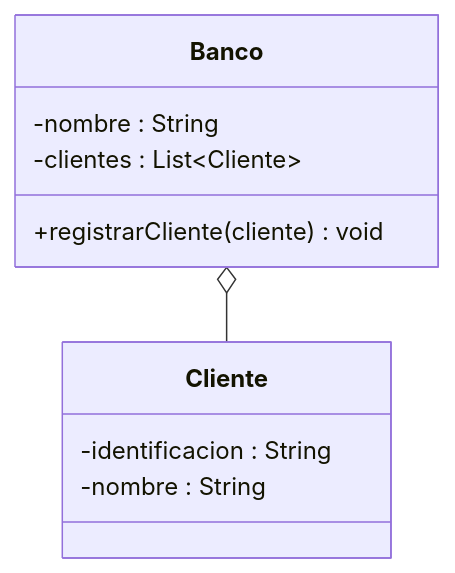
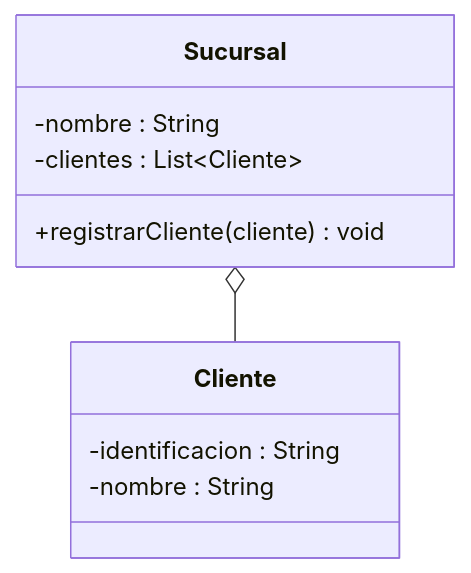
Before and after one commit to santiagoSuarez219/nodo-edu: the second of 4 diagrams in content/cursos/estructuras-de-datos/asociacion-agregacion-y-composicion.mdx, drawn with Mermaid. The commit also changed other lines of this file and 3 other files, not shown here.

````diff
--- a/content/cursos/estructuras-de-datos/asociacion-agregacion-y-composicion.mdx
+++ b/content/cursos/estructuras-de-datos/asociacion-agregacion-y-composicion.mdx
@@ -129,13 +128,13 @@
 ```mermaid
 classDiagram
-  class Banco {
+  class Sucursal {
     -nombre : String
     -clientes : List~Cliente~
     +registrarCliente(cliente) void
   }
   class Cliente {
     -identificacion : String
     -nombre : String
   }
-  Banco o-- Cliente
+  Sucursal o-- Cliente
 ```
````
